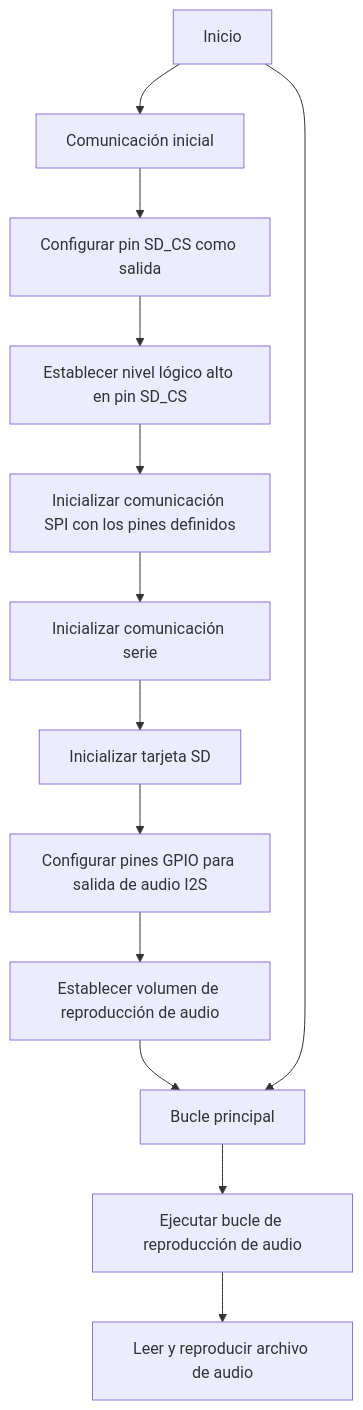
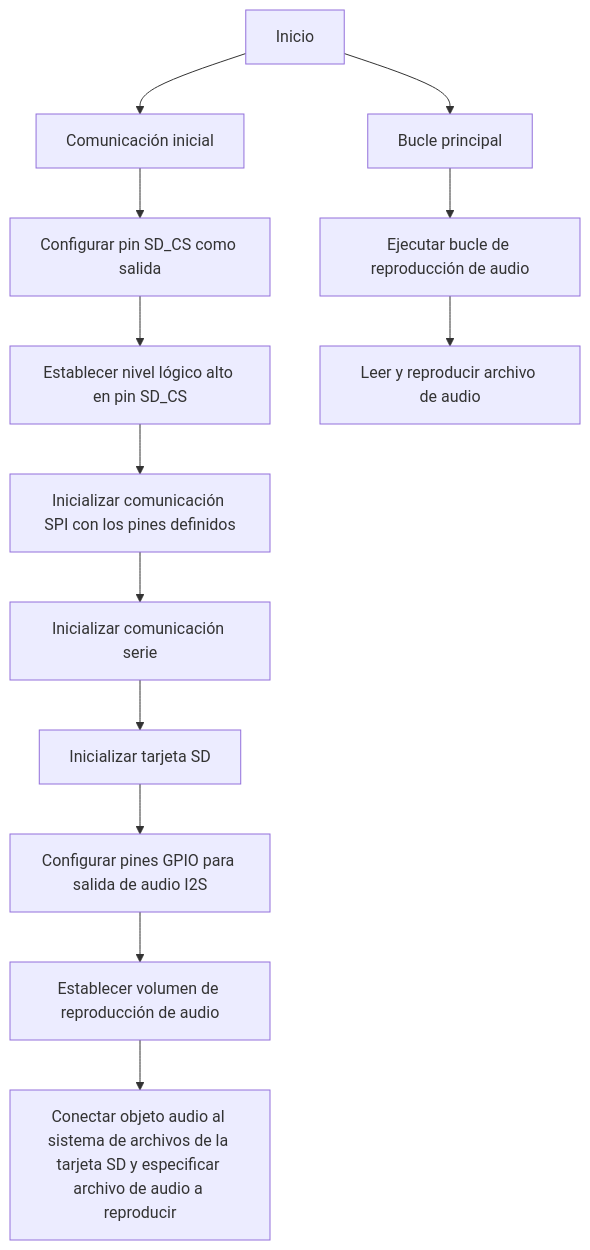
One commit to Yagouch/ProcesadoresDigitales changed the second of 2 diagrams in README.md. Above: the diagram before and after it, drawn with Mermaid.

````diff
--- a/README.md
+++ b/README.md
@@ -126,17 +126,17 @@
 ```mermaid
 flowchart TD;
     A[Inicio] --> B[Comunicación inicial];
     B --> C[Configurar pin SD_CS como salida];
     C --> D[Establecer nivel lógico alto en pin SD_CS];
     D --> E[Inicializar comunicación SPI con los pines definidos];
     E --> F[Inicializar comunicación serie];
     F --> G[Inicializar tarjeta SD];
     G --> H[Configurar pines GPIO para salida de audio I2S];
     H --> I[Establecer volumen de reproducción de audio];
     I --> J[Conectar objeto audio al sistema de archivos de la tarjeta SD y especificar archivo de audio a reproducir];
     
-    A --> J[Bucle principal];
-    J --> K[Ejecutar bucle de reproducción de audio ];
-    K --> L[Leer y reproducir archivo de audio];
+    A --> K[Bucle principal];
+    K --> L[Ejecutar bucle de reproducción de audio ];
+    L --> M[Leer y reproducir archivo de audio];
   
 ```
````
